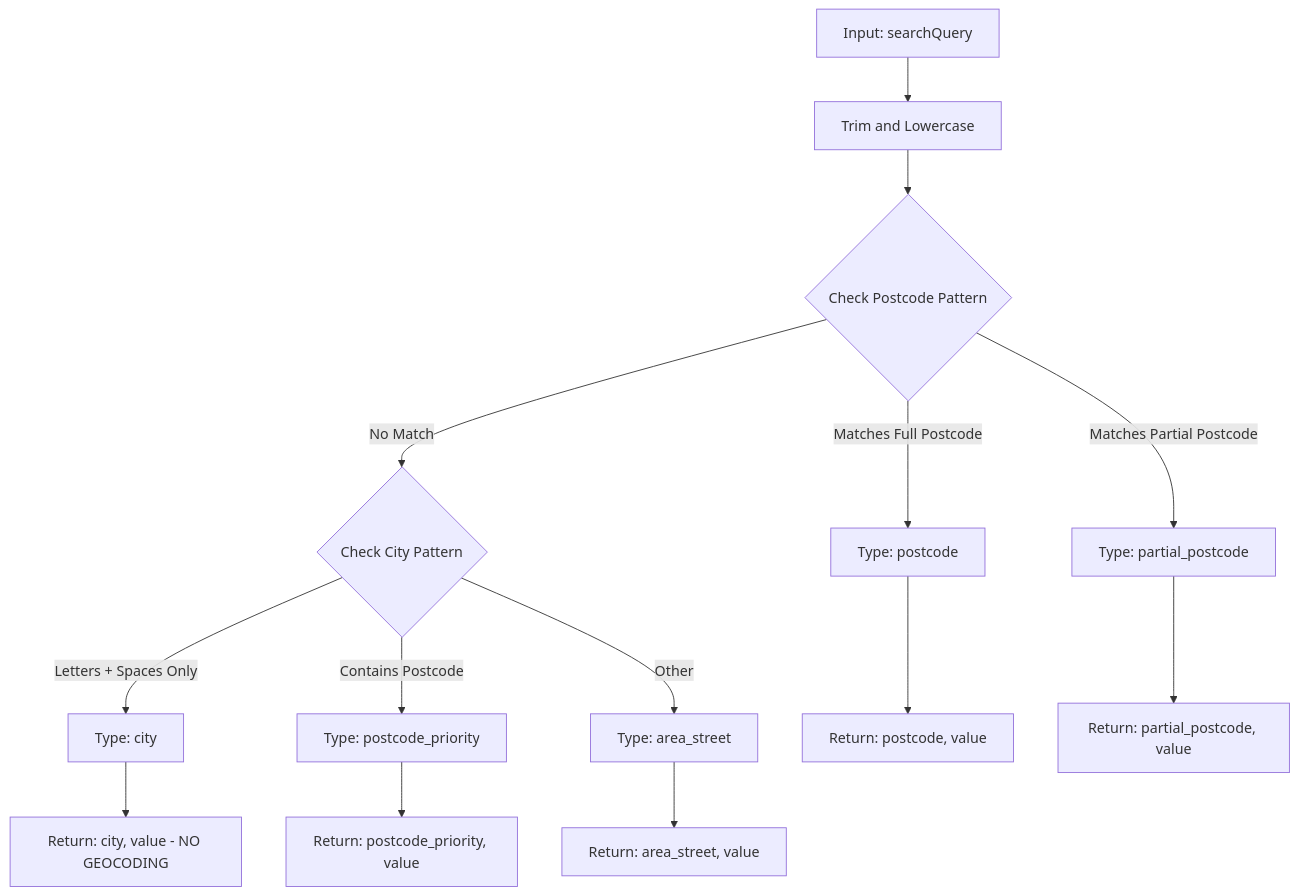
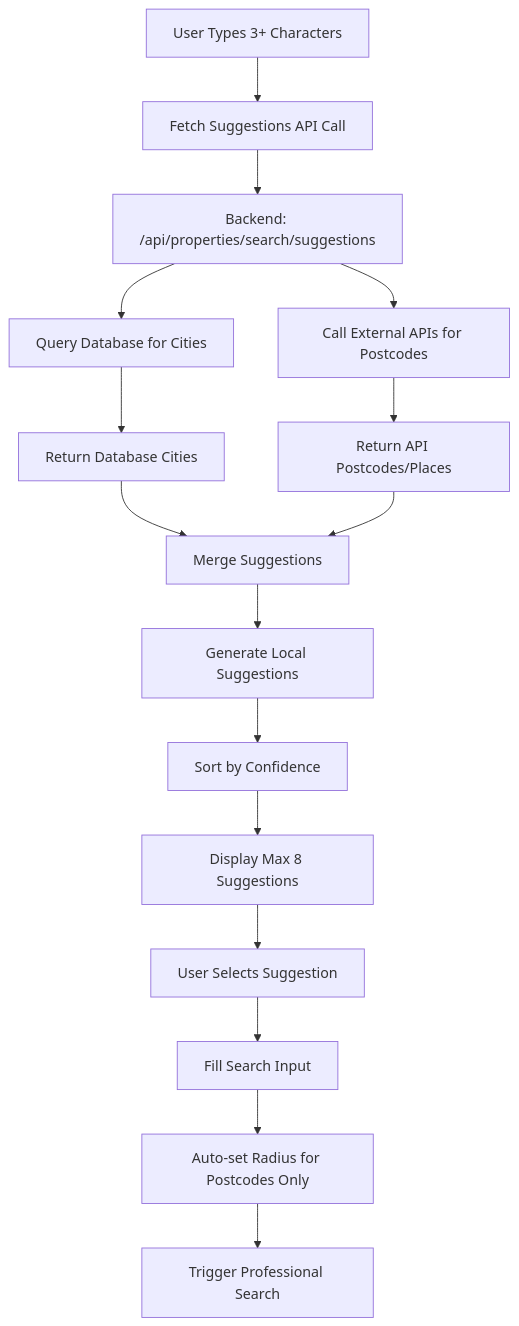
The fourth of 10 diagrams in PROFESSIONAL_SEARCH_FLOWCHART.md (FatemRahimi/Poperty-App), drawn with Mermaid before and after one commit. The commit also changed other lines of this file and 1 other file, not shown here.

````diff
--- a/PROFESSIONAL_SEARCH_FLOWCHART.md
+++ b/PROFESSIONAL_SEARCH_FLOWCHART.md
@@ -141,19 +74,23 @@
 ```mermaid
 flowchart TD
-    A[Input: searchQuery] --> B[Trim and Lowercase]
-    B --> C{Check Postcode Pattern}
+    A[User Types 3+ Characters] --> B[Fetch Suggestions API Call]
+    B --> C[Backend: /api/properties/search/suggestions]
     
-    C -->|Matches Full Postcode| D[Type: postcode]
-    C -->|Matches Partial Postcode| E[Type: partial_postcode]
-    C -->|No Match| F{Check City Pattern}
+    C --> D[Query Database for Cities]
+    C --> E[Call External APIs for Postcodes]
     
-    F -->|Letters + Spaces Only| G[Type: city]
-    F -->|Contains Postcode| H[Type: postcode_priority]
-    F -->|Other| I[Type: area_street]
+    D --> F[Return Database Cities]
+    E --> G[Return API Postcodes/Places]
     
-    D --> J[Return: postcode, value]
-    E --> K[Return: partial_postcode, value]
-    G --> L[Return: city, value - NO GEOCODING]
-    H --> M[Return: postcode_priority, value]
-    I --> N[Return: area_street, value]
+    F --> H[Merge Suggestions]
+    G --> H
+    
+    H --> I[Generate Local Suggestions]
+    I --> J[Sort by Confidence]
+    J --> K[Display Max 8 Suggestions]
+    
+    K --> L[User Selects Suggestion]
+    L --> M[Fill Search Input]
+    M --> N[Auto-set Radius for Postcodes Only]
+    N --> O[Trigger Professional Search]
 ```
````
